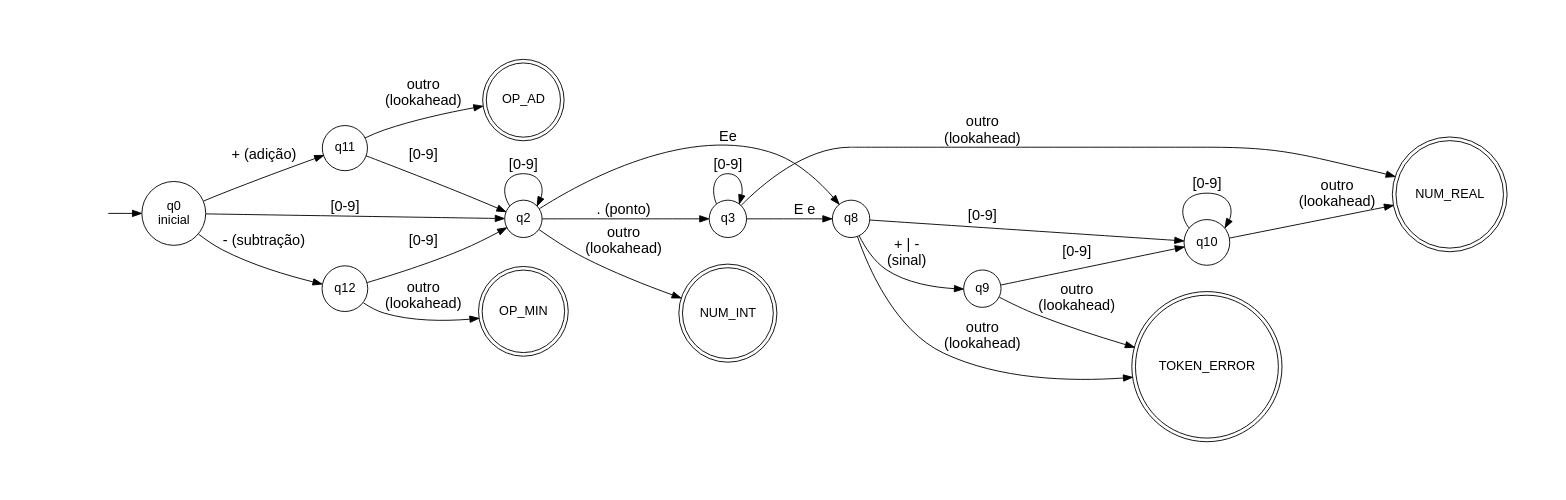
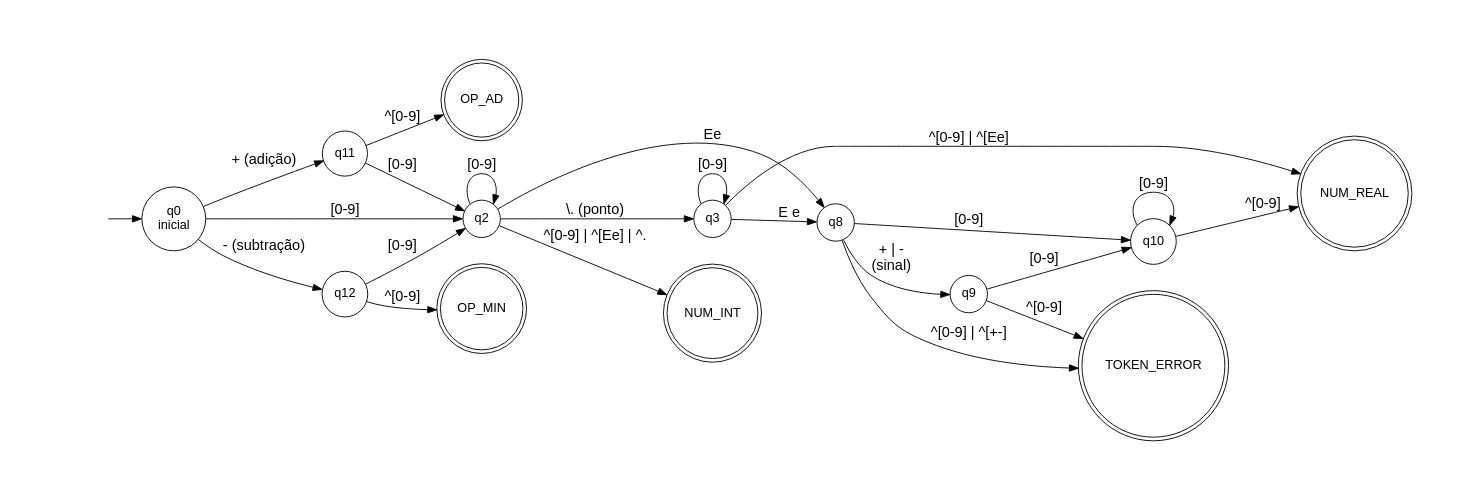
One commit to miguelhenriquecbl/LINGUAGENS-FORMAIS-AUT-MATOS-E-COMPILADORES changed the diagram in Trabalho/analisador-lexico/AFDs/codigo/afd_numeros_e_sinais.dot. Above: the diagram before and after it, drawn with Graphviz. The commit also changed 18 other files, not shown here.

```diff
--- a/Trabalho/analisador-lexico/AFDs/codigo/afd_numeros_e_sinais.dot
+++ b/Trabalho/analisador-lexico/AFDs/codigo/afd_numeros_e_sinais.dot
@@ -1,66 +1,66 @@
 digraph afd_numeros_e_sinais {
     rankdir=LR;
     nodesep=0.4;
     pad=0.8;
     node [shape=circle, fontname="Arial"];
     edge [fontname="Arial", fontsize=16];
 
     /* estado invisível pra seta de entrada */
     inicio [shape=none, label=""];
 
     /* Estado Inicial */
     q0 [label="q0\ninicial"];
 
     /* estados intermediários */
     q2 [label="q2"];
     q3 [label="q3"];
     q8 [label="q8"];
     q9 [label="q9"];
     q10 [label="q10"];
     q11 [label="q11"];
     q12 [label="q12"];
 
     /* estados finais — círculo duplo */
     node [shape=doublecircle];
 
     /* Palavras reservadas, Identificador e Tipos Números  */
     qNUM_INT [label="NUM_INT"];
     qNUM_REAL [label="NUM_REAL"];
 
     /* Operadores aritméticos */
     qOP_AD [label="OP_AD"]; /* + */
     qOP_MIN [label="OP_MIN"]; /* - */
 
     /* Especiais */
     qTOKEN_ERROR [shape=doublecircle label="TOKEN_ERROR"]; /* Erro léxico */
 
     /* seta de entrada */
     inicio -> q0;
 
     /* q0 -> estados intermediários */
     q0 -> q2 [label="[0-9]"];
     q2 -> q2 [label="[0-9]"];
     q2 -> q8 [label="Ee"];
-    q2 -> qNUM_INT [label="outro\n(lookahead)"];
+    q2 -> qNUM_INT [label="^[0-9] | ^[Ee] | ^\."];
 
-    q2 -> q3 [label=". (ponto)"]; /* ponto depois de número */
+    q2 -> q3 [label="\\. (ponto)"];
     q3 -> q3 [label="[0-9]"];
     q3 -> q8 [label="E e"];
-    q3 -> qNUM_REAL [label="outro\n(lookahead)"];
+    q3 -> qNUM_REAL [label="^[0-9] | ^[Ee]"];
 
     q0 -> q11 [label="+ (adição)"]; 
     q11 -> q2 [label="[0-9]"]; 
-    q11 -> qOP_AD [label="outro\n(lookahead)"]; 
+    q11 -> qOP_AD [label="^[0-9]"];
 
     q0 -> q12 [label="- (subtração)"]; 
     q12 -> q2 [label="[0-9]"]
-    q12 -> qOP_MIN [label="outro\n(lookahead)"]; 
+    q12 -> qOP_MIN [label="^[0-9]"]
 
     q8 -> q9 [label="+ | -\n(sinal)"]
     q8 -> q10 [label="[0-9]"]
     q9 -> q10 [label="[0-9]"]
     q10 -> q10 [label="[0-9]"]
-    q8 -> qTOKEN_ERROR [label="outro\n(lookahead)"]; 
-    q9 -> qTOKEN_ERROR [label="outro\n(lookahead)"]; 
-    q10 -> qNUM_REAL [label="outro\n(lookahead)"]; 
+    q8 -> qTOKEN_ERROR [label="^[0-9] | ^[+-]"];
+    q9 -> qTOKEN_ERROR [label="^[0-9]"];
+    q10 -> qNUM_REAL [label="^[0-9]"]; 
 }
```
